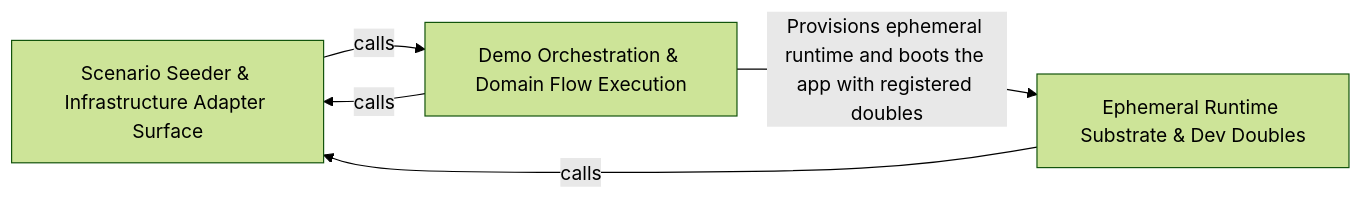
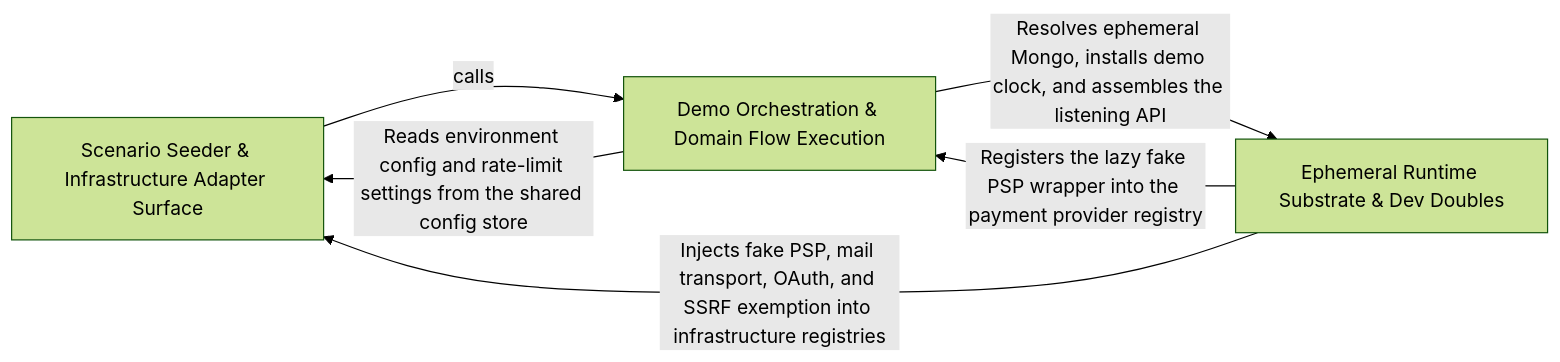
The diagram in .2brain/arch/Ephemeral_Runtime_Dev_Doubles.md (Guebbit/boilerplate-node-backend), drawn with Mermaid (forest theme) before and after one commit. The commit also changed other lines of this file and 1102 other files, not shown here.

````diff
--- a/.2brain/arch/Ephemeral_Runtime_Dev_Doubles.md
+++ b/.2brain/arch/Ephemeral_Runtime_Dev_Doubles.md
@@ -10,10 +10,11 @@
 ```mermaid
 graph LR
     Scenario_Seeder_Infrastructure_Adapter_Surface["Scenario Seeder & Infrastructure Adapter Surface"]
     Demo_Orchestration_Domain_Flow_Execution["Demo Orchestration & Domain Flow Execution"]
     Ephemeral_Runtime_Substrate_Dev_Doubles["Ephemeral Runtime Substrate & Dev Doubles"]
     Scenario_Seeder_Infrastructure_Adapter_Surface -- "calls" --> Demo_Orchestration_Domain_Flow_Execution
-    Demo_Orchestration_Domain_Flow_Execution -- "calls" --> Scenario_Seeder_Infrastructure_Adapter_Surface
-    Demo_Orchestration_Domain_Flow_Execution -- "Provisions ephemeral runtime and boots the app with registered doubles" --> Ephemeral_Runtime_Substrate_Dev_Doubles
-    Ephemeral_Runtime_Substrate_Dev_Doubles -- "calls" --> Scenario_Seeder_Infrastructure_Adapter_Surface
+    Demo_Orchestration_Domain_Flow_Execution -- "Reads environment config and rate-limit settings from the shared config store" --> Scenario_Seeder_Infrastructure_Adapter_Surface
+    Demo_Orchestration_Domain_Flow_Execution -- "Resolves ephemeral Mongo, installs demo clock, and assembles the listening API" --> Ephemeral_Runtime_Substrate_Dev_Doubles
+    Ephemeral_Runtime_Substrate_Dev_Doubles -- "Injects fake PSP, mail transport, OAuth, and SSRF exemption into infrastructure registries" --> Scenario_Seeder_Infrastructure_Adapter_Surface
+    Ephemeral_Runtime_Substrate_Dev_Doubles -- "Registers the lazy fake PSP wrapper into the payment provider registry" --> Demo_Orchestration_Domain_Flow_Execution
 ```
````
